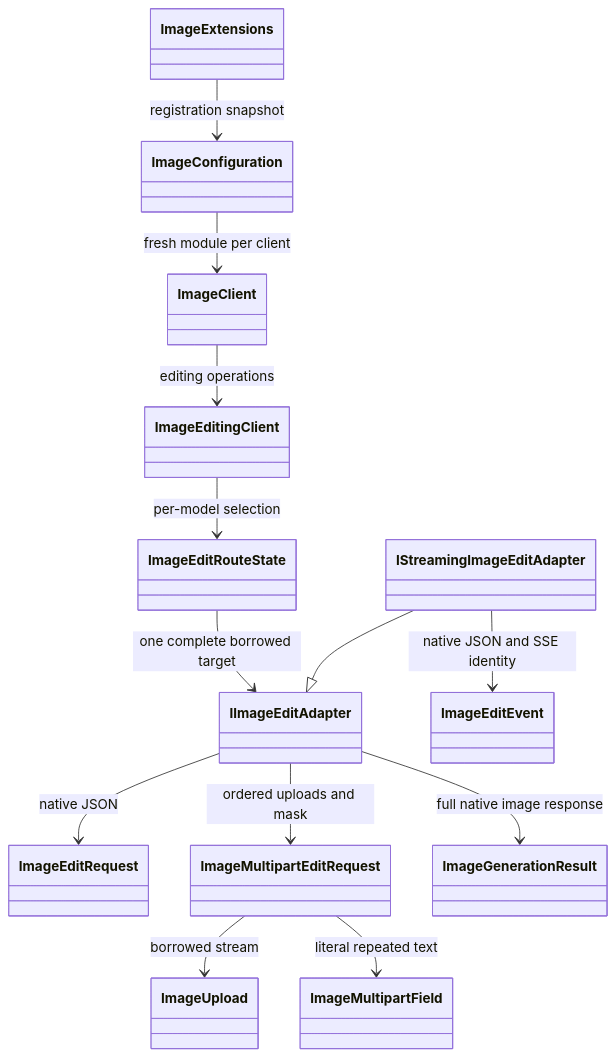
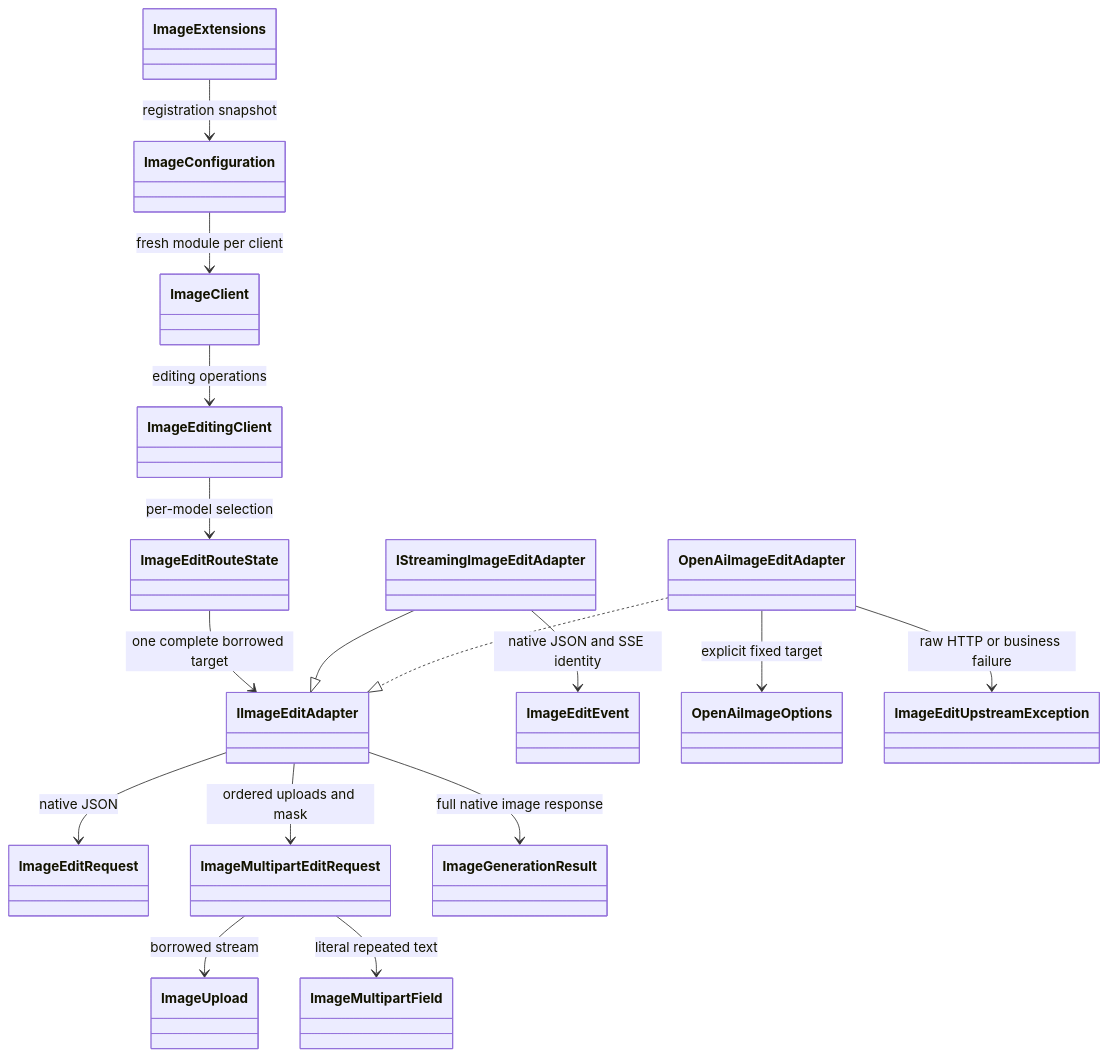
Before and after one commit to BenLampson/Asgard.Loki: diagram 17 of 26 in docs/architecture.md, drawn with Mermaid. The commit also changed other lines of this file and 31 other files, not shown here.

Commit message:
feat(image): implement native OpenAI JSON and multipart edits

````diff
--- a/docs/architecture.md
+++ b/docs/architecture.md
@@ -570,15 +570,18 @@
 ```mermaid
 classDiagram
 ImageExtensions --> ImageConfiguration : registration snapshot
 ImageConfiguration --> ImageClient : fresh module per client
 ImageClient --> ImageEditingClient : editing operations
 ImageEditingClient --> ImageEditRouteState : per-model selection
 ImageEditRouteState --> IImageEditAdapter : one complete borrowed target
 IStreamingImageEditAdapter --|> IImageEditAdapter
 IImageEditAdapter --> ImageEditRequest : native JSON
 IImageEditAdapter --> ImageMultipartEditRequest : ordered uploads and mask
 ImageMultipartEditRequest --> ImageUpload : borrowed stream
 ImageMultipartEditRequest --> ImageMultipartField : literal repeated text
 IImageEditAdapter --> ImageGenerationResult : full native image response
 IStreamingImageEditAdapter --> ImageEditEvent : native JSON and SSE identity
+OpenAiImageEditAdapter ..|> IImageEditAdapter
+OpenAiImageEditAdapter --> OpenAiImageOptions : explicit fixed target
+OpenAiImageEditAdapter --> ImageEditUpstreamException : raw HTTP or business failure
 ```
````
